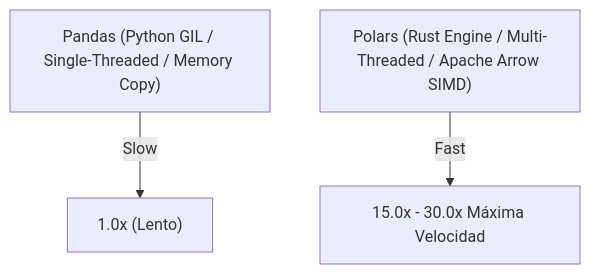
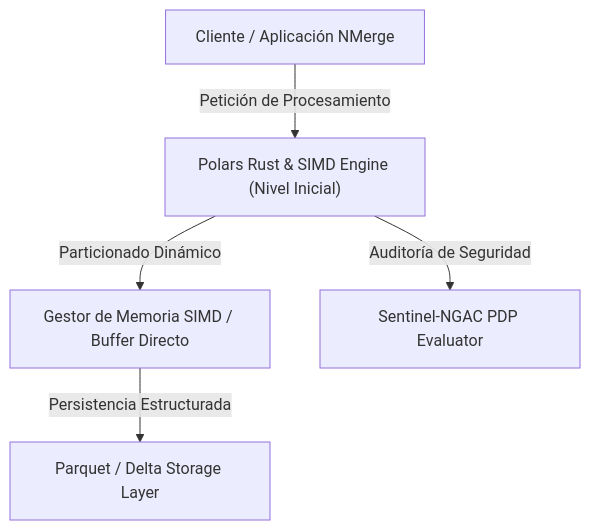
One commit to gjpierp/nmergeia changed the diagram in public/docs/es/datascience_polars.md. Above: the diagram before and after it, drawn with Mermaid. The commit also changed other lines of this file and 245 other files, not shown here.

````diff
--- a/public/docs/es/datascience_polars.md
+++ b/public/docs/es/datascience_polars.md
@@ -5,5 +20,7 @@
 ```mermaid
 flowchart TD
-    Pandas["Pandas (Python GIL / Single-Threaded / Memory Copy)"] -->|Slow| Result1["1.0x (Lento)"]
-    Polars["Polars (Rust Engine / Multi-Threaded / Apache Arrow SIMD)"] -->|Fast| Result2["15.0x - 30.0x Máxima Velocidad"]
+    A["Cliente / Aplicación NMerge"] -->|Petición de Procesamiento| B["Polars Rust & SIMD Engine (Nivel Inicial)"]
+    B -->|Particionado Dinámico| C["Gestor de Memoria SIMD / Buffer Directo"]
+    C -->|Persistencia Estructurada| D["Parquet / Delta Storage Layer"]
+    B -->|Auditoría de Seguridad| E["Sentinel-NGAC PDP Evaluator"]
 ```
````
